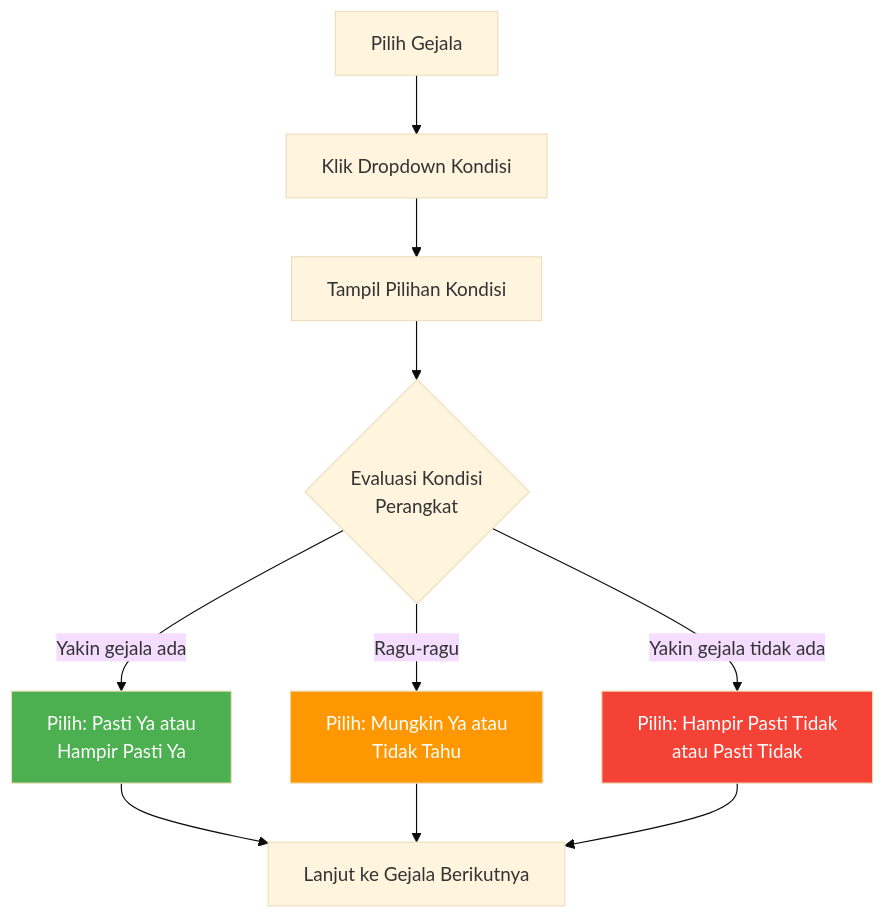
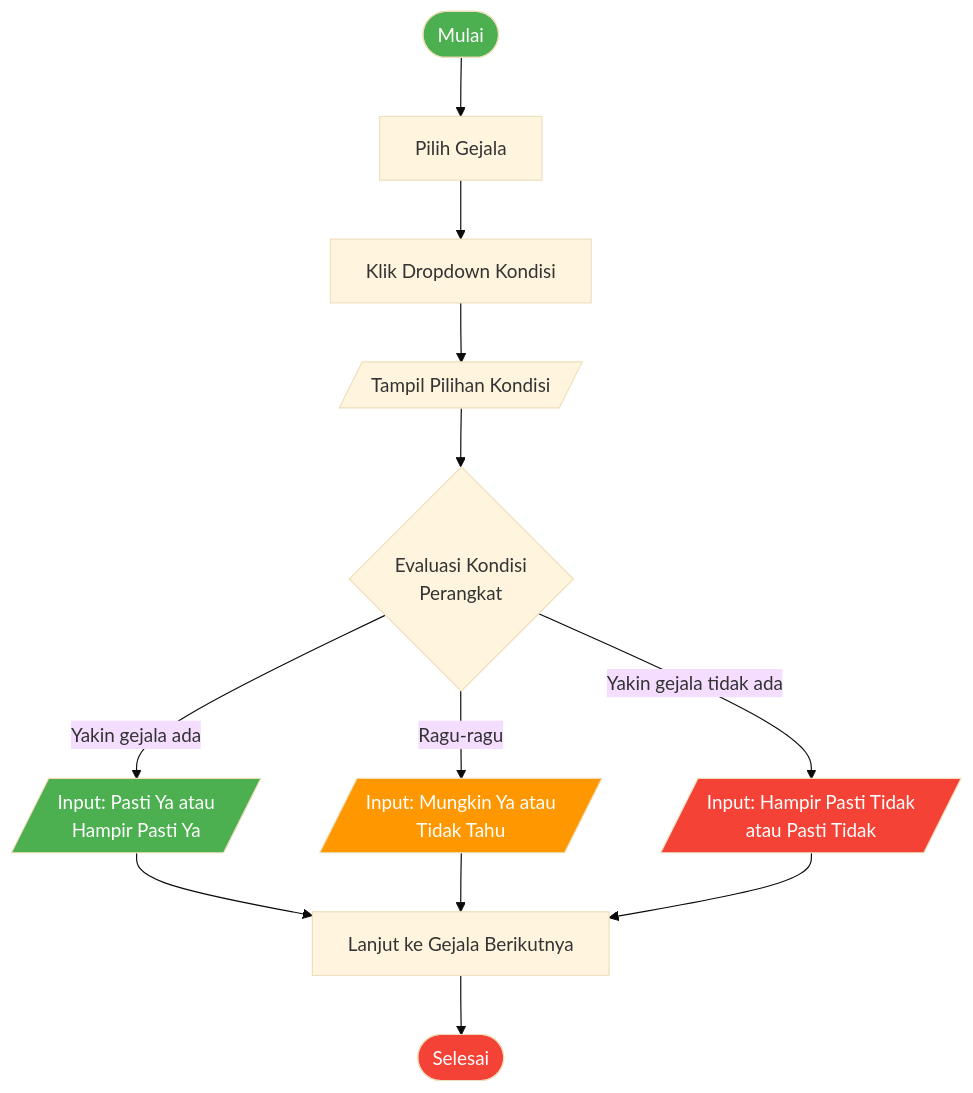
Before and after one commit to GalangPutraMaulana19/DigNet-BUG: the sixth of 11 diagrams in docs/USER_MANUAL.md, drawn with Mermaid (base theme). The commit also changed other lines of this file, not shown here.

Commit message:
Fix flowchart symbols to use standard shapes (parallelogram for I/O, stadium for terminator, etc.)

````diff
--- a/docs/USER_MANUAL.md
+++ b/docs/USER_MANUAL.md
@@ -254,19 +267,23 @@
 ```mermaid
 flowchart TD
-    Gejala[Pilih Gejala] --> Dropdown[Klik Dropdown Kondisi]
-    Dropdown --> Options[Tampil Pilihan Kondisi]
+    Start([Mulai]) --> Gejala[Pilih Gejala]
+    Gejala --> Dropdown[Klik Dropdown Kondisi]
+    Dropdown --> Options[/Tampil Pilihan Kondisi/]
     
     Options --> Evaluate{Evaluasi Kondisi<br/>Perangkat}
     
-    Evaluate -->|"Yakin gejala ada"| Positive["Pilih: Pasti Ya atau<br/>Hampir Pasti Ya"]
-    Evaluate -->|"Ragu-ragu"| Neutral["Pilih: Mungkin Ya atau<br/>Tidak Tahu"]
-    Evaluate -->|"Yakin gejala tidak ada"| Negative["Pilih: Hampir Pasti Tidak<br/>atau Pasti Tidak"]
+    Evaluate -->|"Yakin gejala ada"| Positive[/Input: Pasti Ya atau<br/>Hampir Pasti Ya/]
+    Evaluate -->|"Ragu-ragu"| Neutral[/Input: Mungkin Ya atau<br/>Tidak Tahu/]
+    Evaluate -->|"Yakin gejala tidak ada"| Negative[/Input: Hampir Pasti Tidak<br/>atau Pasti Tidak/]
     
     Positive --> Next[Lanjut ke Gejala Berikutnya]
     Neutral --> Next
     Negative --> Next
+    Next --> Done([Selesai])
     
+    style Start fill:#4caf50,color:#fff
+    style Done fill:#f44336,color:#fff
     style Positive fill:#4caf50,color:#fff
     style Neutral fill:#ff9800,color:#fff
     style Negative fill:#f44336,color:#fff
 ```
````
